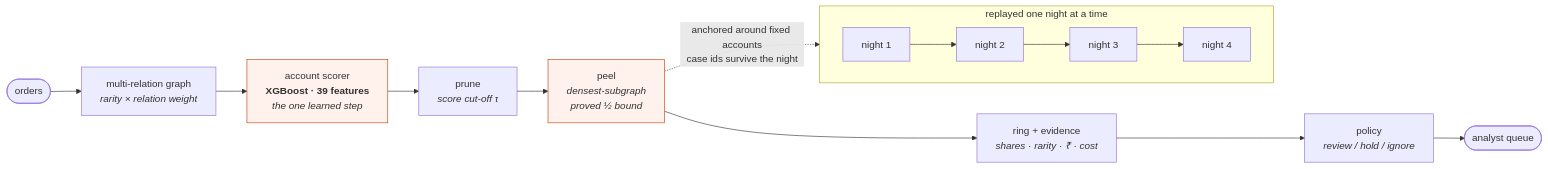
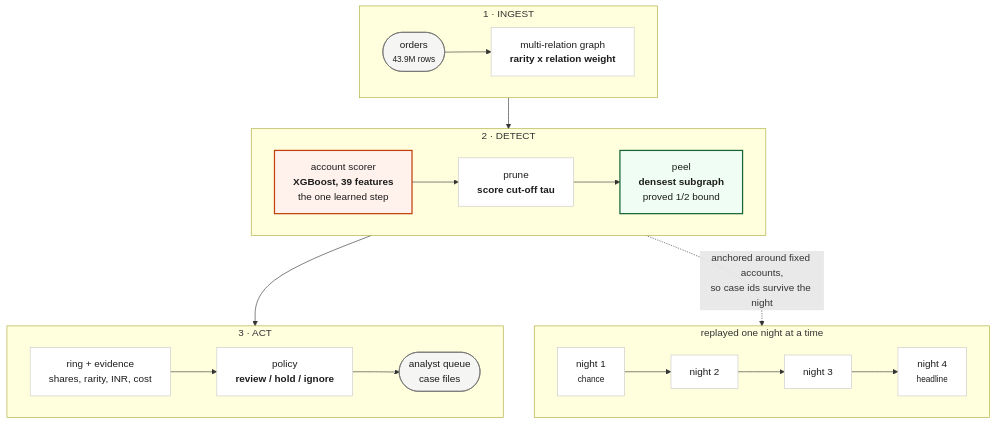
One commit to adarshcod30/Orbweaver changed the first of 3 diagrams in README.md. Above: the diagram before and after it, drawn with Mermaid. The commit also changed other lines of this file and 8 other files, not shown here.

````diff
--- a/README.md
+++ b/README.md
@@ -114,19 +114,37 @@
 ```mermaid
-flowchart LR
-    O([orders]) --> G["multi-relation graph<br/><i>rarity × relation weight</i>"]
-    G --> S["account scorer<br/><b>XGBoost · 39 features</b><br/><i>the one learned step</i>"]
-    S --> P["prune<br/><i>score cut-off τ</i>"]
-    P --> PE["peel<br/><i>densest-subgraph<br/>proved ½ bound</i>"]
-    PE --> R["ring + evidence<br/><i>shares · rarity · ₹ · cost</i>"]
-    R --> PO["policy<br/><i>review / hold / ignore</i>"]
-    PO --> Q([analyst queue])
+flowchart TB
+    subgraph INGEST["  1 · INGEST  "]
+        direction LR
+        O(["orders<br/><small>43.9M rows</small>"]) --> G["multi-relation graph<br/><b>rarity x relation weight</b>"]
+    end
 
-    subgraph nightly [" replayed one night at a time "]
+    subgraph DETECT["  2 · DETECT  "]
         direction LR
-        N1[night 1] --> N2[night 2] --> N3[night 3] --> N4[night 4]
+        S["account scorer<br/><b>XGBoost, 39 features</b><br/>the one learned step"] --> P["prune<br/><b>score cut-off tau</b>"]
+        P --> PE["peel<br/><b>densest subgraph</b><br/>proved 1/2 bound"]
     end
-    PE -. anchored around fixed accounts<br/>case ids survive the night .-> nightly
 
-    style S fill:#fff2ec,stroke:#c2410c
-    style PE fill:#fff2ec,stroke:#c2410c
+    subgraph ACT["  3 · ACT  "]
+        direction LR
+        R["ring + evidence<br/>shares, rarity, INR, cost"] --> PO["policy<br/><b>review / hold / ignore</b>"]
+        PO --> Q(["analyst queue<br/>case files"])
+    end
+
+    INGEST --> DETECT --> ACT
+    PE -. anchored around fixed accounts,<br/>so case ids survive the night .-> NIGHTLY
+
+    subgraph NIGHTLY["  replayed one night at a time  "]
+        direction LR
+        N1["night 1<br/><small>chance</small>"] --> N2["night 2"] --> N3["night 3"] --> N4["night 4<br/><small>headline</small>"]
+    end
+
+    classDef learned fill:#fff2ec,stroke:#c2410c,stroke-width:2px,color:#1c1c1c
+    classDef proved fill:#f0fdf4,stroke:#166534,stroke-width:2px,color:#1c1c1c
+    classDef plain fill:#ffffff,stroke:#c9c9c9,color:#1c1c1c
+    classDef terminal fill:#f5f5f4,stroke:#6b6b6b,color:#1c1c1c
+    class S learned
+    class PE proved
+    class G,P,R,PO plain
+    class O,Q terminal
+    class N1,N2,N3,N4 plain
 ```
````
